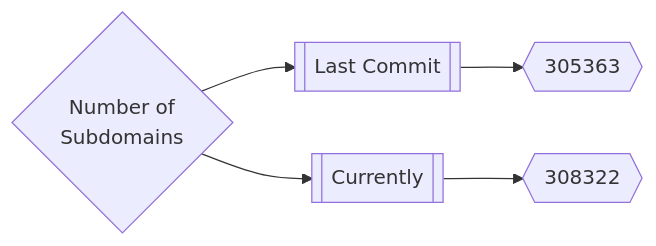
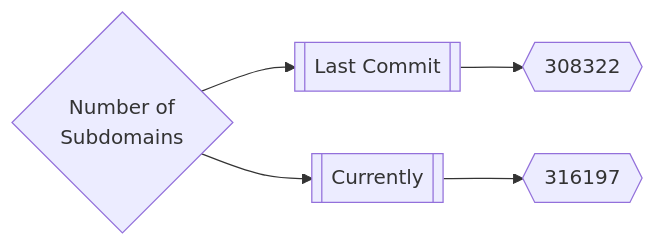
One commit to trickest/inventory changed the first of 3 diagrams in README.md. Above: the diagram before and after it, drawn with Mermaid. The commit also changed other lines of this file, not shown here.

Commit message:
Update README.md Tue May 24 14:12:18 UTC 2022

````diff
--- a/README.md
+++ b/README.md
@@ -165,5 +165,5 @@
 ```mermaid
 graph LR
-title{Number of<br>Subdomains} --> subdomainsDate1[[Last Commit]] --> subdomainsNum1{{305363}}
-title --> subdomainsDate2[[Currently]] --> subdomainsNum2{{308322}}
+title{Number of<br>Subdomains} --> subdomainsDate1[[Last Commit]] --> subdomainsNum1{{308322}}
+title --> subdomainsDate2[[Currently]] --> subdomainsNum2{{316197}}
 ```
````
